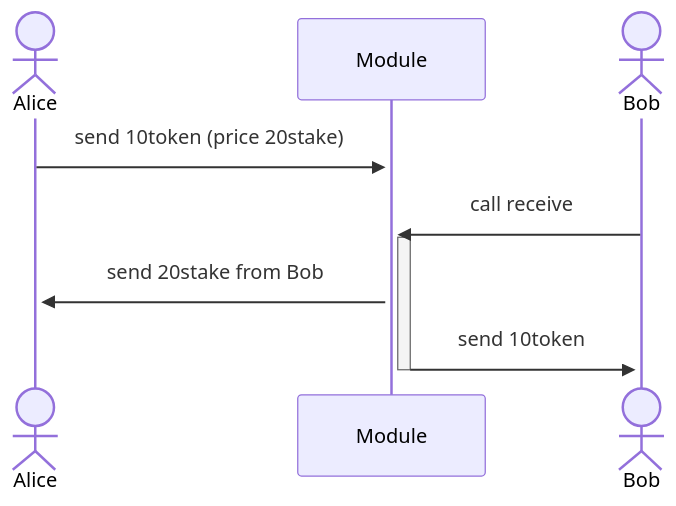
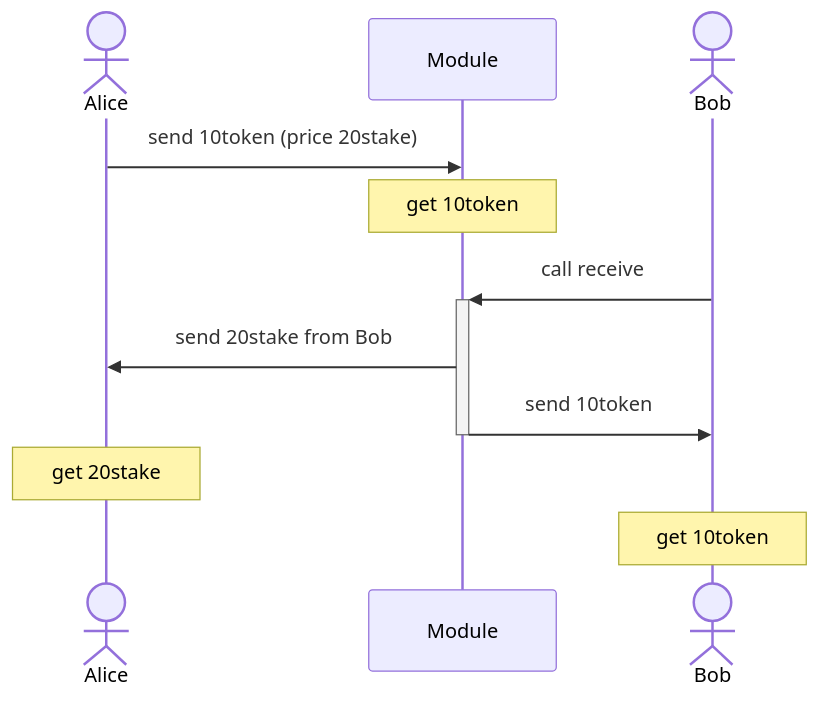
One commit to devnova777/cosmos-trustless-swap changed the first of 2 diagrams in README.md. Above: the diagram before and after it, drawn with Mermaid. The commit also changed other lines of this file, not shown here.

````diff
--- a/README.md
+++ b/README.md
@@ -9,12 +9,13 @@
 ```mermaid
   sequenceDiagram
       actor Alice
       participant Module
       actor Bob
-      Alice ->>+ Module: send 10token (price 20stake)
+      Alice ->> Module: send 10token (price 20stake)
+      Note over Module: get 10token
       Bob ->>+ Module: call receive
-      activate Module
-      Module ->>+ Alice: send 20stake from Bob
-      Module ->>+ Bob: send 10token 
-      deactivate Module
+      Module ->> Alice: send 20stake from Bob
+      Module ->>- Bob: send 10token 
+      Note over Alice: get 20stake
+      Note over Bob: get 10token
 ```
````
